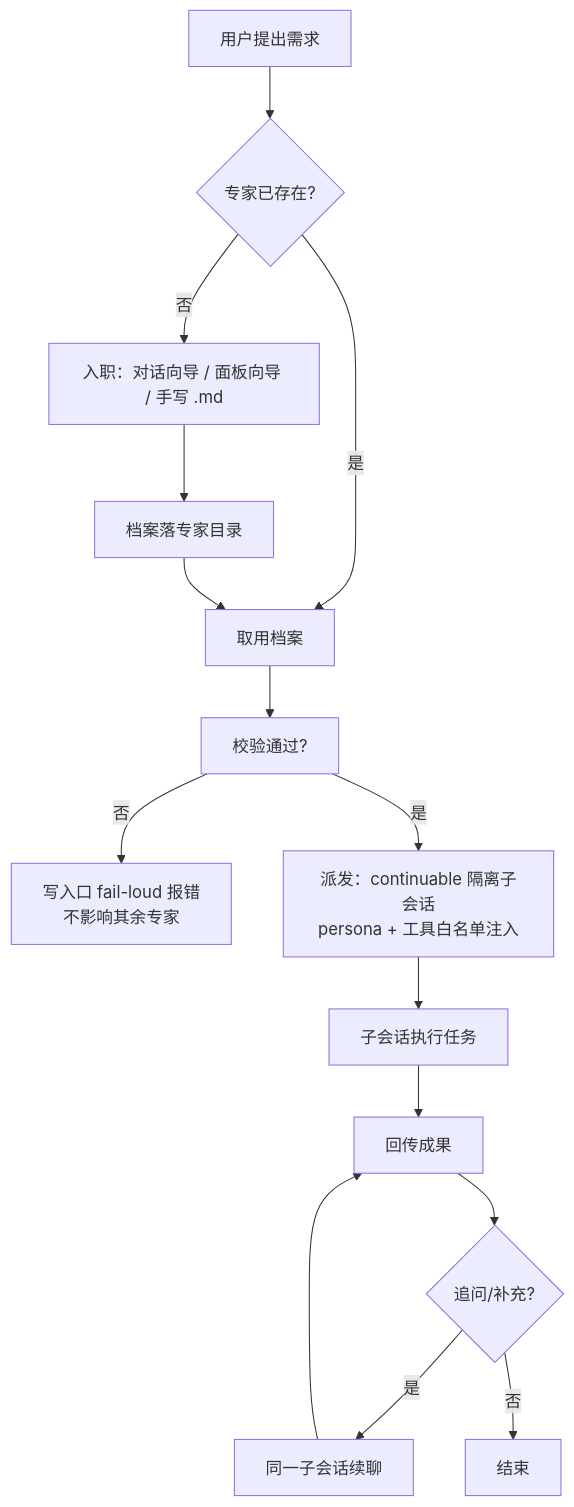
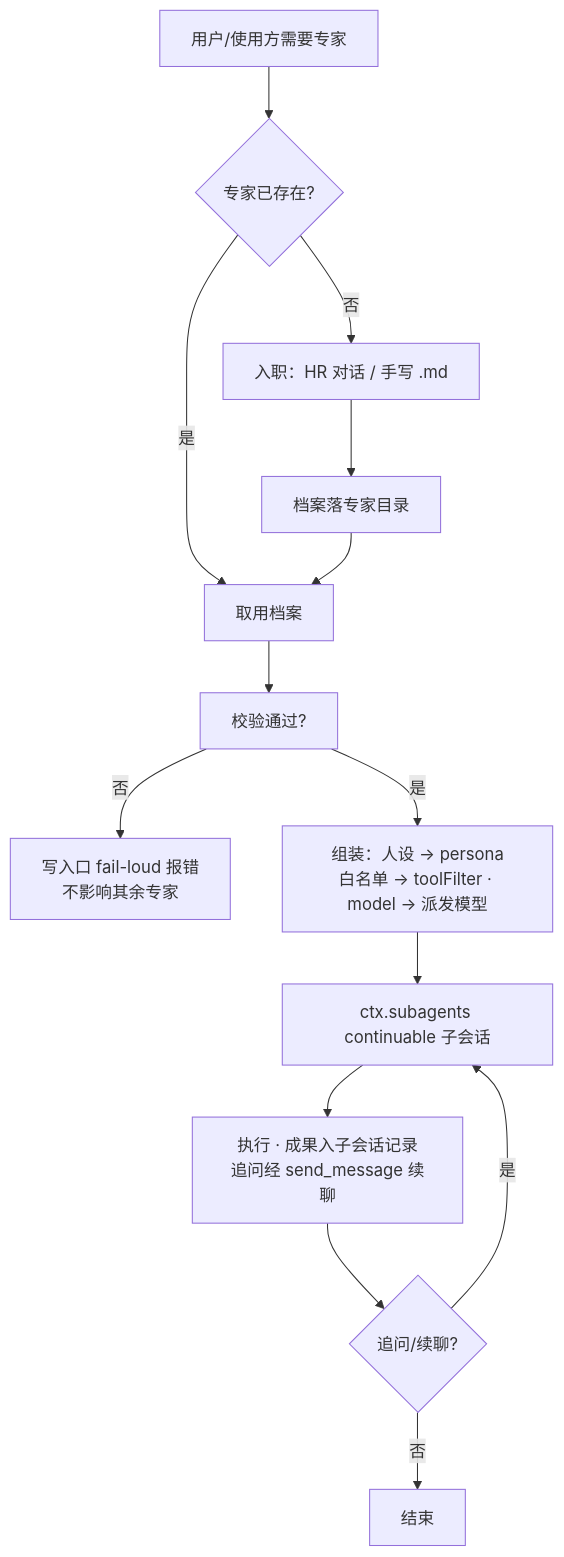
Before and after one commit to bigfaner/dsh-forge: the second of 2 diagrams in .forge/docs/features/expert-squad/prd/prd-spec.md, drawn with Mermaid. The commit also changed other lines of this file and 10 other files, not shown here.

````diff
--- a/.forge/docs/features/expert-squad/prd/prd-spec.md
+++ b/.forge/docs/features/expert-squad/prd/prd-spec.md
@@ -53,17 +57,16 @@
 ```mermaid
 flowchart TD
-    A[用户提出需求] --> B{专家已存在?}
-    B -->|否| C[入职：对话向导 / 面板向导 / 手写 .md]
+    A[用户/使用方需要专家] --> B{专家已存在?}
+    B -->|否| C[入职：HR 对话 / 手写 .md]
     C --> D[档案落专家目录]
     B -->|是| E[取用档案]
     D --> E
     E --> F[校验通过?]
     F -->|否| G[写入口 fail-loud 报错<br/>不影响其余专家]
-    F -->|是| H[派发：continuable 隔离子会话<br/>persona + 工具白名单注入]
-    H --> I[子会话执行任务]
-    I --> J[回传成果]
-    J --> K{追问/补充?}
-    K -->|是| L[同一子会话续聊]
-    L --> J
+    F -->|是| H[组装：人设 → persona<br/>白名单 → toolFilter · model → 派发模型]
+    H --> I[ctx.subagents continuable 子会话]
+    I --> J[执行 · 成果入子会话记录<br/>追问经 send_message 续聊]
+    J --> K{追问/续聊?}
+    K -->|是| I
     K -->|否| M[结束]
 ```
````
